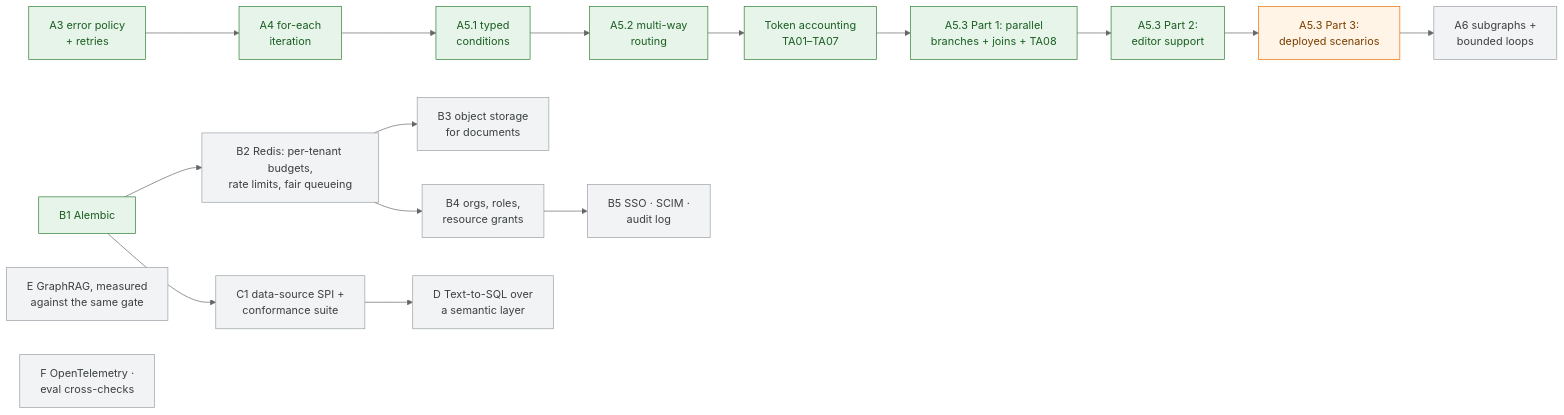
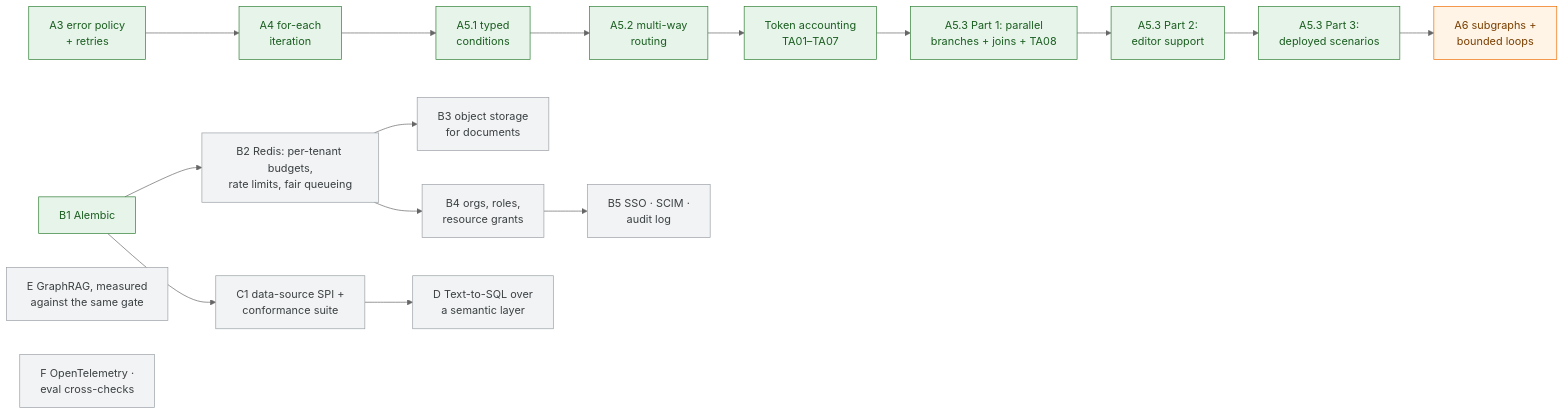
Before and after one commit to SoumithReddy6/Enterprise-No-Code-Agentic-AI-Workflow-Platform: the seventh of 7 diagrams in README.md, drawn with Mermaid (neutral theme). The commit also changed other lines of this file and 18 other files, not shown here.

Commit message:
Run forks through the deployed scenario gate: S22-S24 (A5.3 Part 3)

````diff
--- a/README.md
+++ b/README.md
@@ -440,15 +441,15 @@
 ```mermaid
 flowchart LR
     classDef done fill:#e6f4ea,stroke:#2e7d32,color:#1b5e20
     classDef next fill:#fff4e5,stroke:#ef6c00,color:#7a3e00
     classDef later fill:#f1f3f4,stroke:#9aa0a6,color:#3c4043
 
     A3["A3 error policy<br/>+ retries"]:::done --> A4["A4 for-each<br/>iteration"]:::done --> A51["A5.1 typed<br/>conditions"]:::done
-    A51 --> A52["A5.2 multi-way<br/>routing"]:::done --> TA["Token accounting<br/>TA01–TA07"]:::done --> A53["A5.3 Part 1: parallel<br/>branches + joins + TA08"]:::done --> A53E["A5.3 Part 2:<br/>editor support"]:::done --> A53S["A5.3 Part 3:<br/>deployed scenarios"]:::next --> A6["A6 subgraphs +<br/>bounded loops"]:::later
+    A51 --> A52["A5.2 multi-way<br/>routing"]:::done --> TA["Token accounting<br/>TA01–TA07"]:::done --> A53["A5.3 Part 1: parallel<br/>branches + joins + TA08"]:::done --> A53E["A5.3 Part 2:<br/>editor support"]:::done --> A53S["A5.3 Part 3:<br/>deployed scenarios"]:::done --> A6["A6 subgraphs +<br/>bounded loops"]:::next
     B1["B1 Alembic"]:::done --> B2["B2 Redis: per-tenant budgets,<br/>rate limits, fair queueing"]:::later
     B2 --> B3["B3 object storage<br/>for documents"]:::later
     B2 --> B4["B4 orgs, roles,<br/>resource grants"]:::later --> B5["B5 SSO · SCIM ·<br/>audit log"]:::later
     B1 --> C1["C1 data-source SPI +<br/>conformance suite"]:::later --> D["D Text-to-SQL over<br/>a semantic layer"]:::later
     E["E GraphRAG, measured<br/>against the same gate"]:::later
     F["F OpenTelemetry ·<br/>eval cross-checks"]:::later
 ```
````
